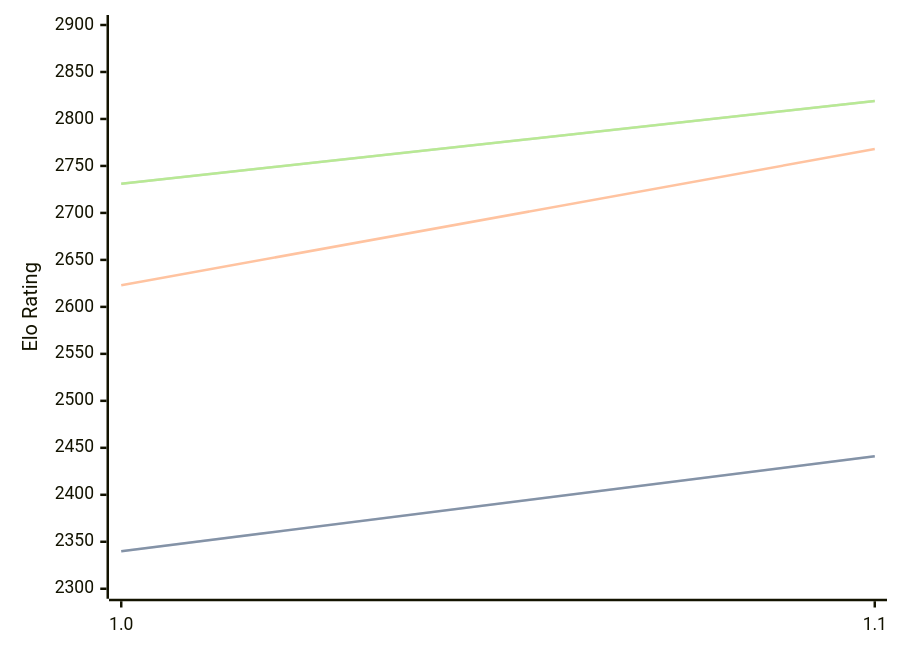
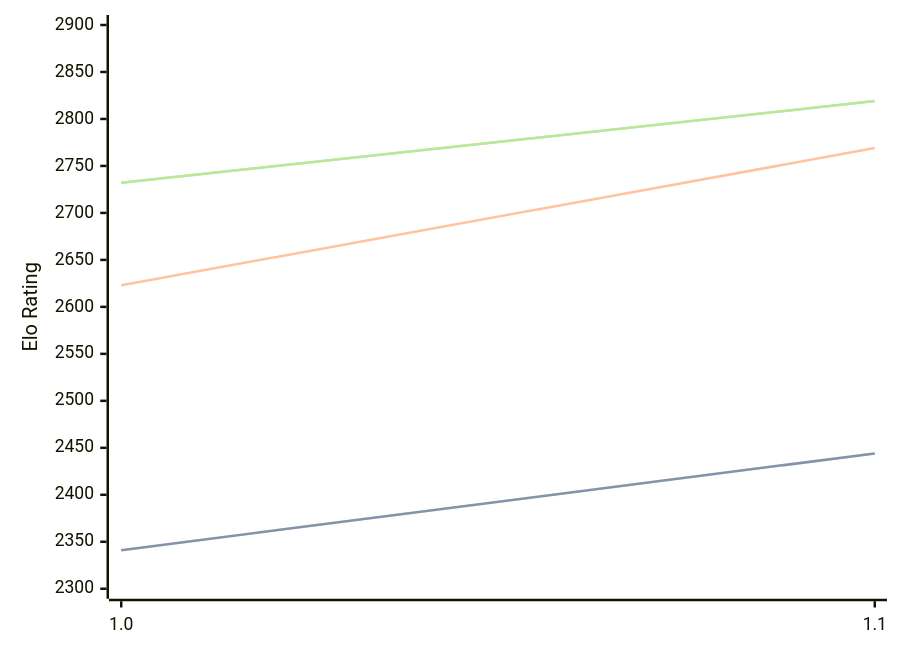
The diagram in engines/Casanchess.md (computer-chess-index/cci), drawn with Mermaid before and after one commit. The commit also changed other lines of this file, not shown here.

Commit message:
Update CCI Ratings (ELO VLTC) - 2026-08-23

````diff
--- a/engines/Casanchess.md
+++ b/engines/Casanchess.md
@@ -32,11 +32,11 @@
 ```mermaid
 %%{init: {"theme":"base","themeVariables":{"seriesColors:['#a3a3a3','#222221','#faa371']}}}%%
 xychart-beta
   x-axis ["1.0", "1.1"]
   y-axis "Elo Rating" 2300 --> 2900
-  line "STC (8.0+0.08s)" [2340, 2441]
-  line "STC (8.0+0.08s)" [2340, 2441]
-  line "LTC (60.0+0.60s)" [2623, 2768]
-  line "VLTC (2m24s+1.12s)" [2731, 2819]
-  line "VLTC (2m24s+1.12s)" [2731, 2819]
+  line "STC (8.0+0.08s)" [2341, 2444]
+  line "STC (8.0+0.08s)" [2341, 2444]
+  line "LTC (60.0+0.60s)" [2623, 2769]
+  line "VLTC (2m24s+1.12s)" [2732, 2819]
+  line "VLTC (2m24s+1.12s)" [2732, 2819]
 ```
````
